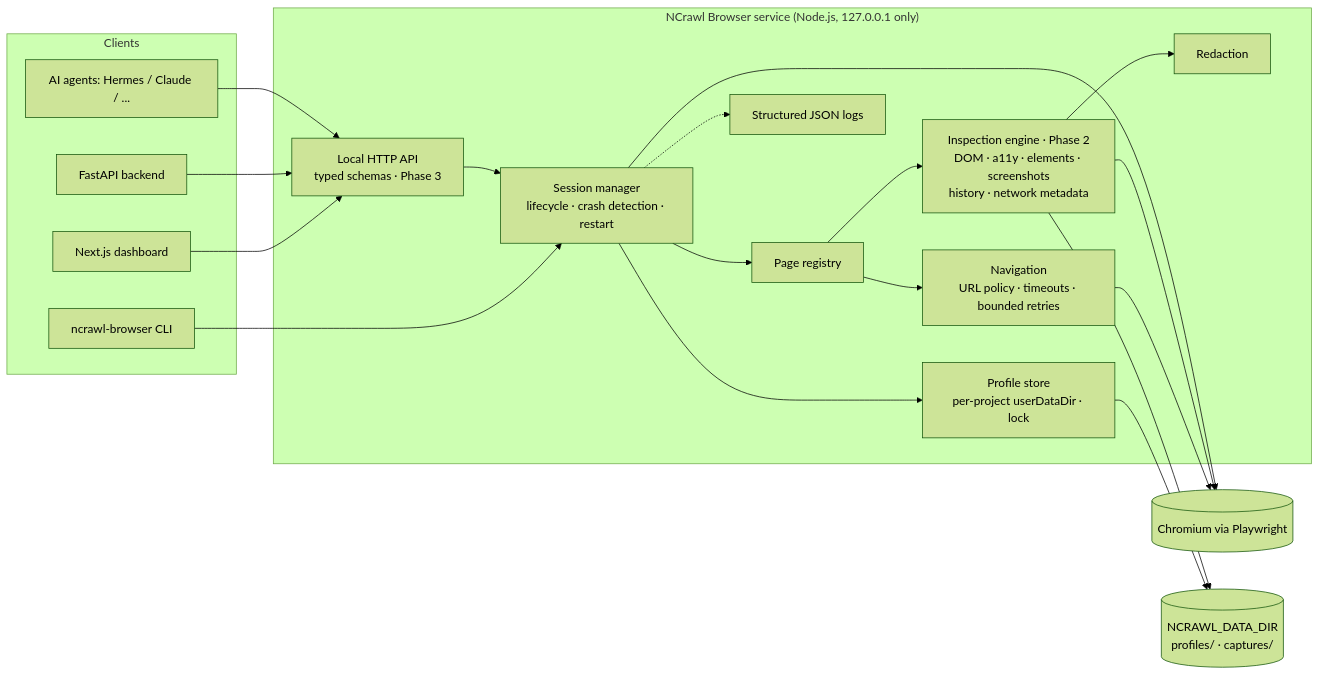
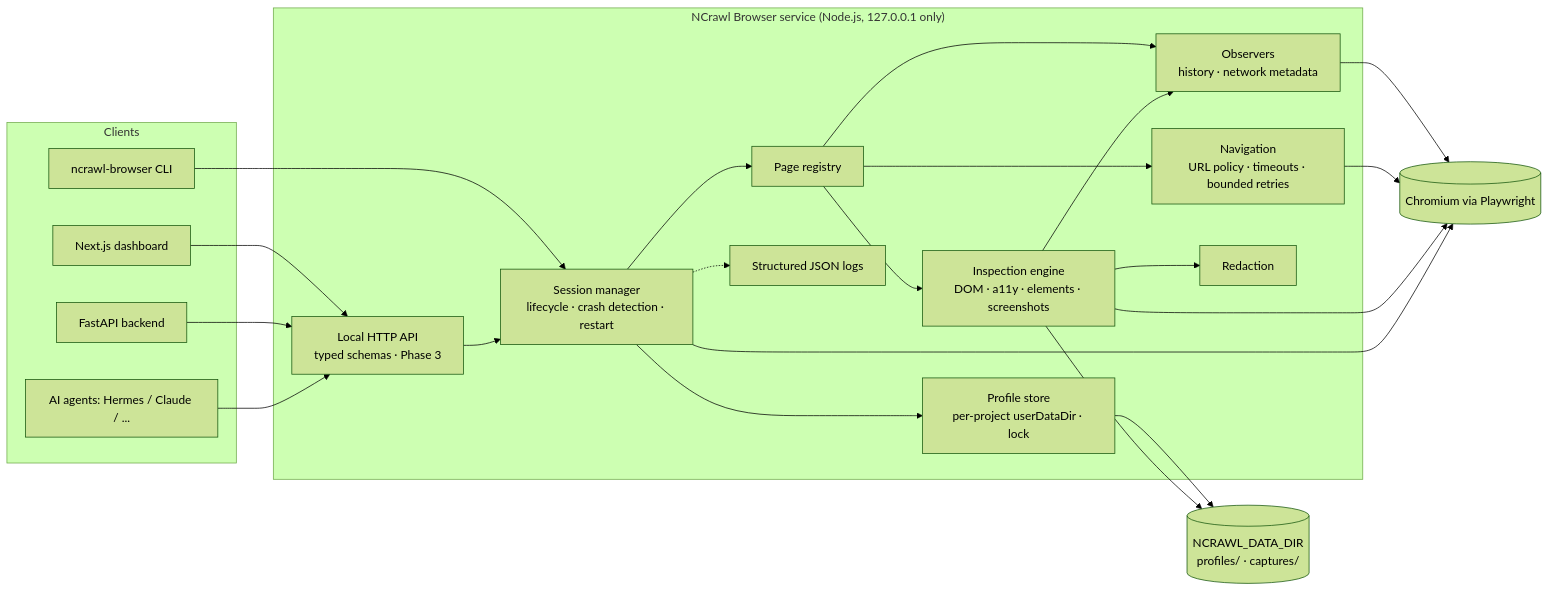
One commit to fahimmuntacher/ncrawl-browser changed the diagram in docs/architecture.md. Above: the diagram before and after it, drawn with Mermaid (forest theme). The commit also changed other lines of this file and 21 other files, not shown here.

First line of the commit message:
Add inspection engine (Phase 2)

````diff
--- a/docs/architecture.md
+++ b/docs/architecture.md
@@ -3,40 +3,44 @@
 ```mermaid
 flowchart LR
   subgraph Clients
     DASH[Next.js dashboard]
     API[FastAPI backend]
     AGENT[AI agents: Hermes / Claude / ...]
     CLI[ncrawl-browser CLI]
   end
 
   subgraph NB["NCrawl Browser service (Node.js, 127.0.0.1 only)"]
     HTTP[Local HTTP API<br/>typed schemas · Phase 3]
     SM[Session manager<br/>lifecycle · crash detection · restart]
     PS[Profile store<br/>per-project userDataDir · lock]
     PR[Page registry]
     NAV[Navigation<br/>URL policy · timeouts · bounded retries]
-    INS[Inspection engine · Phase 2<br/>DOM · a11y · elements · screenshots<br/>history · network metadata]
+    INS[Inspection engine<br/>DOM · a11y · elements · screenshots]
+    OBS[Observers<br/>history · network metadata]
     RED[Redaction]
     LOG[Structured JSON logs]
   end
 
   CHR[(Chromium via Playwright)]
   FS[(NCRAWL_DATA_DIR<br/>profiles/ · captures/)]
 
   DASH --> HTTP
   API --> HTTP
   AGENT --> HTTP
   CLI --> SM
   HTTP --> SM
   SM --> PS
   SM --> PR
   PR --> NAV
   PR --> INS
+  PR --> OBS
+  OBS --> CHR
+  INS --> OBS
   INS --> RED
   NAV --> CHR
   INS --> CHR
   SM --> CHR
   PS --> FS
   INS --> FS
   SM -.-> LOG
 ```
````
